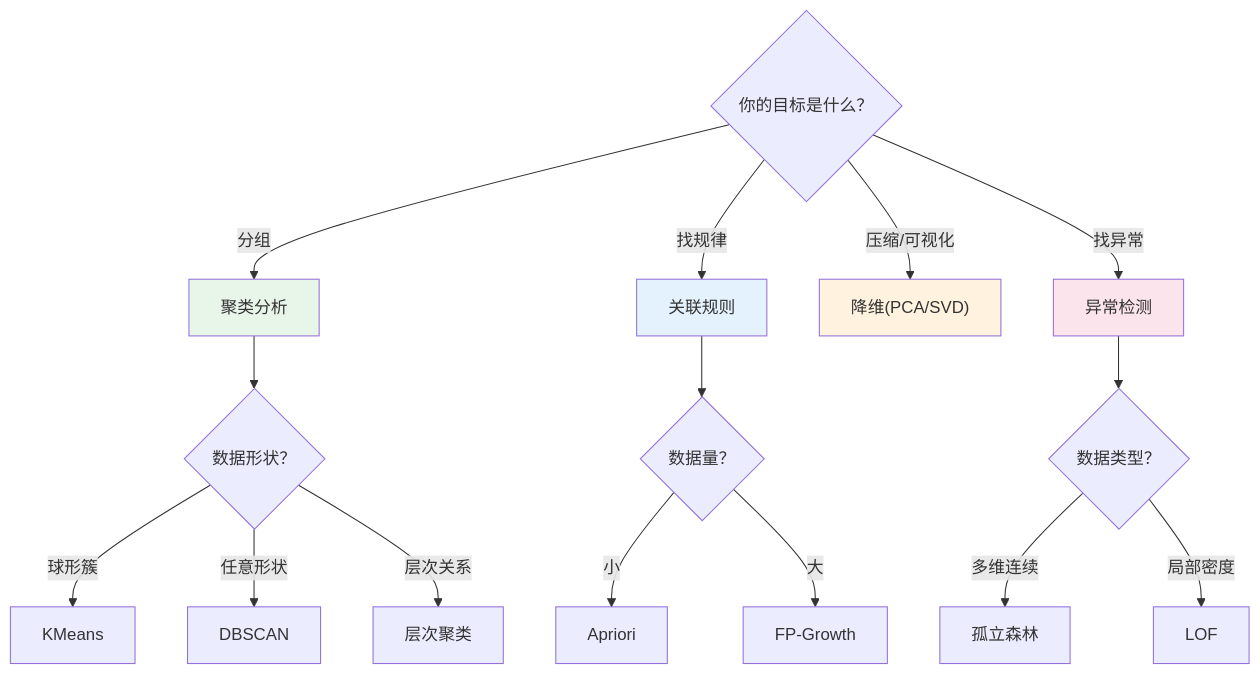
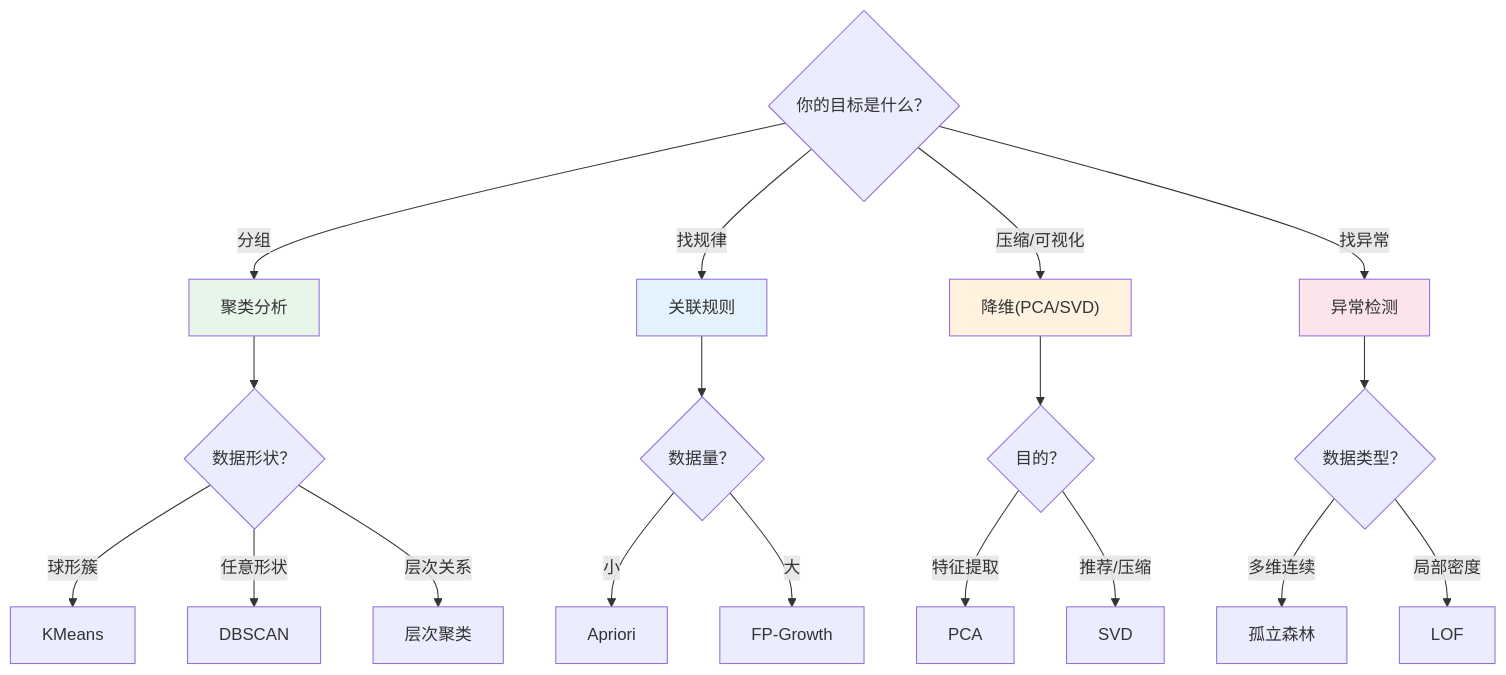
The third of 3 diagrams in docs/02-学习路线.md (Wunseol/python-data-mining), drawn with Mermaid before and after one commit. The commit also changed other lines of this file and 34 other files, not shown here.

````diff
--- a/docs/02-学习路线.md
+++ b/docs/02-学习路线.md
@@ -242,26 +373,30 @@
 ```mermaid
 flowchart TD
     Q1{"你的目标是什么？"}
     Q1 -->|"分组"| C["聚类分析"]
     Q1 -->|"找规律"| A["关联规则"]
     Q1 -->|"压缩/可视化"| D["降维(PCA/SVD)"]
     Q1 -->|"找异常"| O["异常检测"]
-    
+
     C --> C1{"数据形状？"}
     C1 -->|"球形簇"| KM["KMeans"]
     C1 -->|"任意形状"| DB["DBSCAN"]
     C1 -->|"层次关系"| HC["层次聚类"]
-    
+
     A --> A1{"数据量？"}
     A1 -->|"小"| AP["Apriori"]
     A1 -->|"大"| FP["FP-Growth"]
-    
+
     O --> O1{"数据类型？"}
     O1 -->|"多维连续"| IF["孤立森林"]
     O1 -->|"局部密度"| LOF["LOF"]
+
+    D --> D1{"目的？"}
+    D1 -->|"特征提取"| PCA["PCA"]
+    D1 -->|"推荐/压缩"| SVD["SVD"]
 
     style C fill:#e8f5e9
     style A fill:#e3f2fd
     style D fill:#fff3e0
     style O fill:#fce4ec
 ```
````
